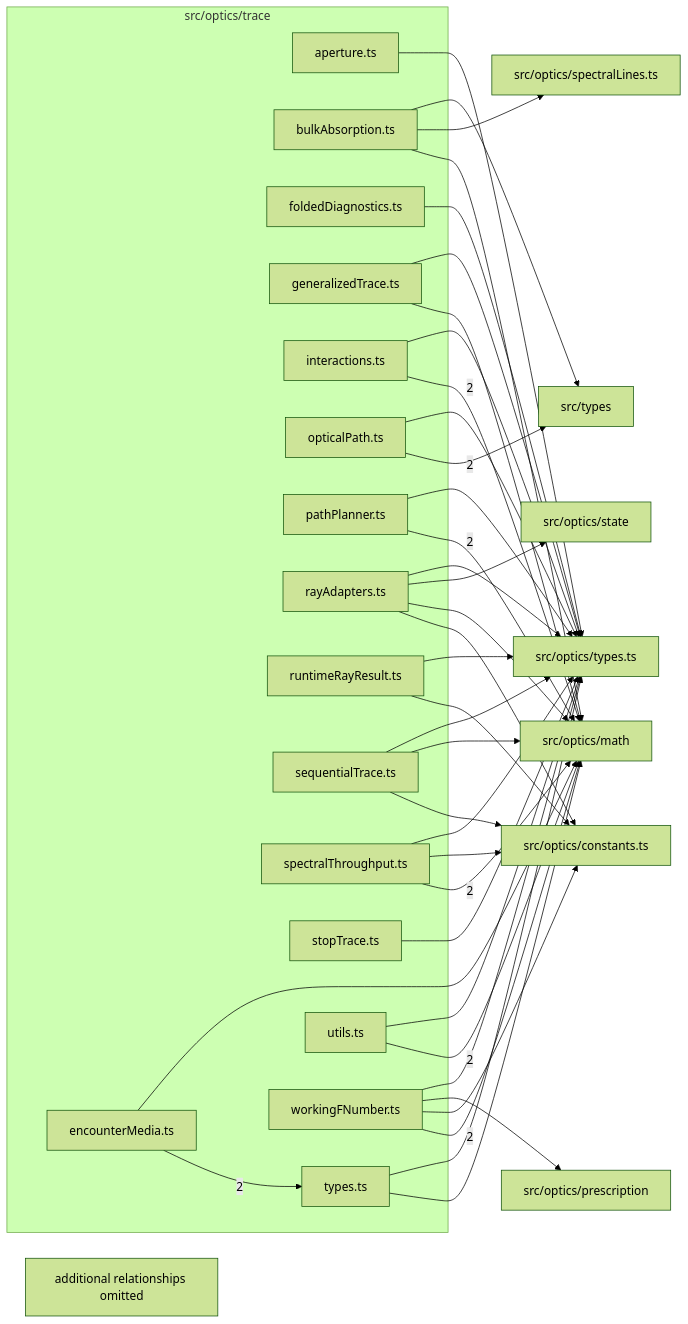
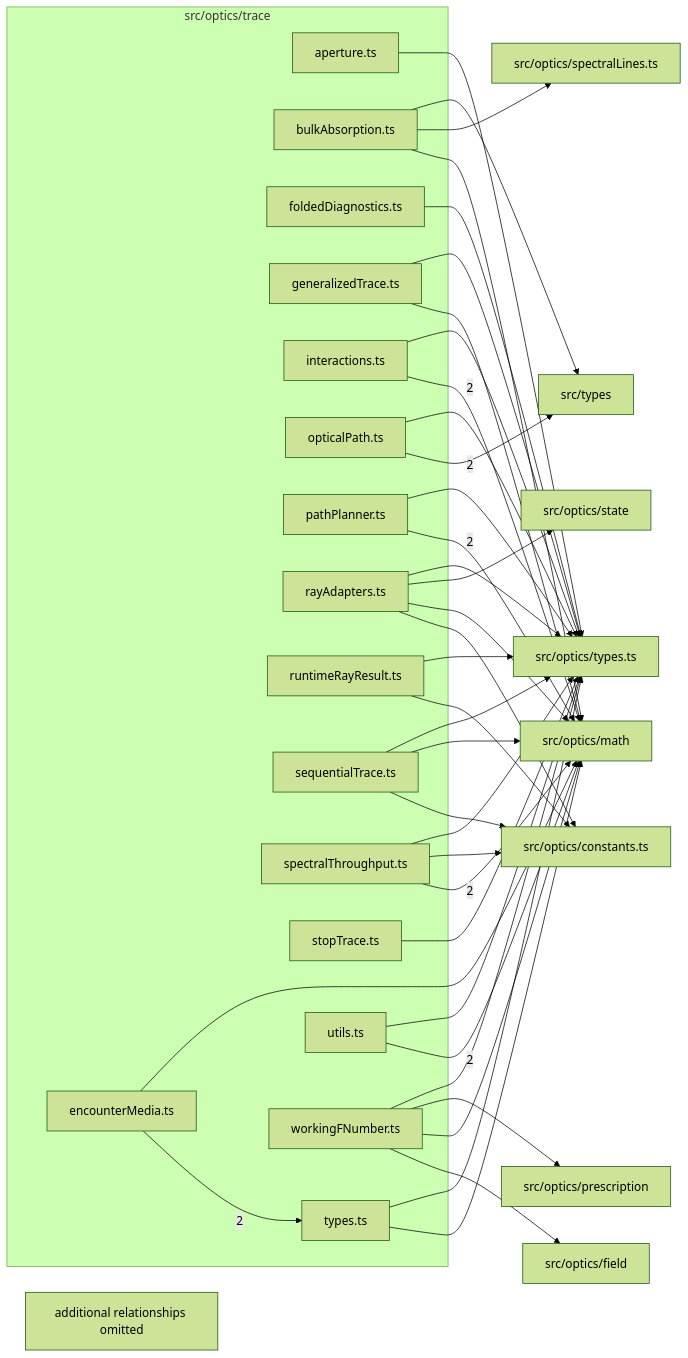
One commit to ronbuening/LensVisualizer changed the diagram in src/optics/trace/readme.md. Above: the diagram before and after it, drawn with Mermaid (forest theme). The commit also changed other lines of this file and 9 other files, not shown here.

````diff
--- a/src/optics/trace/readme.md
+++ b/src/optics/trace/readme.md
@@ -9,65 +9,66 @@
 ```mermaid
 flowchart LR
   subgraph n_src_optics_trace["src/optics/trace"]
     n_src_optics_trace_src_optics_trace_aperture_ts["aperture.ts"]
     n_src_optics_trace_src_optics_trace_bulkAbsorption_ts["bulkAbsorption.ts"]
     n_src_optics_trace_src_optics_trace_encounterMedia_ts["encounterMedia.ts"]
     n_src_optics_trace_src_optics_trace_foldedDiagnostics_ts["foldedDiagnostics.ts"]
     n_src_optics_trace_src_optics_trace_generalizedTrace_ts["generalizedTrace.ts"]
     n_src_optics_trace_src_optics_trace_interactions_ts["interactions.ts"]
     n_src_optics_trace_src_optics_trace_opticalPath_ts["opticalPath.ts"]
     n_src_optics_trace_src_optics_trace_pathPlanner_ts["pathPlanner.ts"]
     n_src_optics_trace_src_optics_trace_rayAdapters_ts["rayAdapters.ts"]
     n_src_optics_trace_src_optics_trace_runtimeRayResult_ts["runtimeRayResult.ts"]
     n_src_optics_trace_src_optics_trace_sequentialTrace_ts["sequentialTrace.ts"]
     n_src_optics_trace_src_optics_trace_spectralThroughput_ts["spectralThroughput.ts"]
     n_src_optics_trace_src_optics_trace_stopTrace_ts["stopTrace.ts"]
     n_src_optics_trace_src_optics_trace_types_ts["types.ts"]
     n_src_optics_trace_src_optics_trace_utils_ts["utils.ts"]
     n_src_optics_trace_src_optics_trace_workingFNumber_ts["workingFNumber.ts"]
   end
   n_external_src_optics_math["src/optics/math"]
   n_external_src_types["src/types"]
   n_external_src_optics_constants_ts["src/optics/constants.ts"]
+  n_external_src_optics_field["src/optics/field"]
   n_external_src_optics_prescription["src/optics/prescription"]
   n_external_src_optics_spectralLines_ts["src/optics/spectralLines.ts"]
   n_external_src_optics_state["src/optics/state"]
   n_external_src_optics_types_ts["src/optics/types.ts"]
   n_src_optics_trace_src_optics_trace_interactions_ts --> |2| n_external_src_optics_math
   n_src_optics_trace_src_optics_trace_pathPlanner_ts --> |2| n_external_src_optics_math
   n_src_optics_trace_src_optics_trace_spectralThroughput_ts --> |2| n_external_src_optics_math
   n_src_optics_trace_src_optics_trace_utils_ts --> |2| n_external_src_optics_math
-  n_src_optics_trace_src_optics_trace_workingFNumber_ts --> |2| n_external_src_optics_math
   n_src_optics_trace_src_optics_trace_opticalPath_ts --> |2| n_external_src_types
   n_src_optics_trace_src_optics_trace_encounterMedia_ts --> |2| n_src_optics_trace_src_optics_trace_types_ts
   n_src_optics_trace_src_optics_trace_rayAdapters_ts --> n_external_src_optics_constants_ts
   n_src_optics_trace_src_optics_trace_runtimeRayResult_ts --> n_external_src_optics_constants_ts
   n_src_optics_trace_src_optics_trace_sequentialTrace_ts --> n_external_src_optics_constants_ts
   n_src_optics_trace_src_optics_trace_spectralThroughput_ts --> n_external_src_optics_constants_ts
-  n_src_optics_trace_src_optics_trace_workingFNumber_ts --> n_external_src_optics_constants_ts
+  n_src_optics_trace_src_optics_trace_workingFNumber_ts --> n_external_src_optics_field
   n_src_optics_trace_src_optics_trace_bulkAbsorption_ts --> n_external_src_optics_math
   n_src_optics_trace_src_optics_trace_encounterMedia_ts --> n_external_src_optics_math
   n_src_optics_trace_src_optics_trace_generalizedTrace_ts --> n_external_src_optics_math
   n_src_optics_trace_src_optics_trace_rayAdapters_ts --> n_external_src_optics_math
   n_src_optics_trace_src_optics_trace_sequentialTrace_ts --> n_external_src_optics_math
   n_src_optics_trace_src_optics_trace_types_ts --> n_external_src_optics_math
+  n_src_optics_trace_src_optics_trace_workingFNumber_ts --> n_external_src_optics_math
   n_src_optics_trace_src_optics_trace_workingFNumber_ts --> n_external_src_optics_prescription
   n_src_optics_trace_src_optics_trace_bulkAbsorption_ts --> n_external_src_optics_spectralLines_ts
   n_src_optics_trace_src_optics_trace_rayAdapters_ts --> n_external_src_optics_state
   n_src_optics_trace_src_optics_trace_aperture_ts --> n_external_src_optics_types_ts
   n_src_optics_trace_src_optics_trace_foldedDiagnostics_ts --> n_external_src_optics_types_ts
   n_src_optics_trace_src_optics_trace_generalizedTrace_ts --> n_external_src_optics_types_ts
   n_src_optics_trace_src_optics_trace_interactions_ts --> n_external_src_optics_types_ts
   n_src_optics_trace_src_optics_trace_opticalPath_ts --> n_external_src_optics_types_ts
   n_src_optics_trace_src_optics_trace_pathPlanner_ts --> n_external_src_optics_types_ts
   n_src_optics_trace_src_optics_trace_rayAdapters_ts --> n_external_src_optics_types_ts
   n_src_optics_trace_src_optics_trace_runtimeRayResult_ts --> n_external_src_optics_types_ts
   n_src_optics_trace_src_optics_trace_sequentialTrace_ts --> n_external_src_optics_types_ts
   n_src_optics_trace_src_optics_trace_spectralThroughput_ts --> n_external_src_optics_types_ts
   n_src_optics_trace_src_optics_trace_stopTrace_ts --> n_external_src_optics_types_ts
   n_src_optics_trace_src_optics_trace_types_ts --> n_external_src_optics_types_ts
   n_src_optics_trace_src_optics_trace_utils_ts --> n_external_src_optics_types_ts
   n_src_optics_trace_src_optics_trace_workingFNumber_ts --> n_external_src_optics_types_ts
   n_src_optics_trace_src_optics_trace_bulkAbsorption_ts --> n_external_src_types
   n_src_optics_trace_truncated["additional relationships omitted"]
 ```
````
